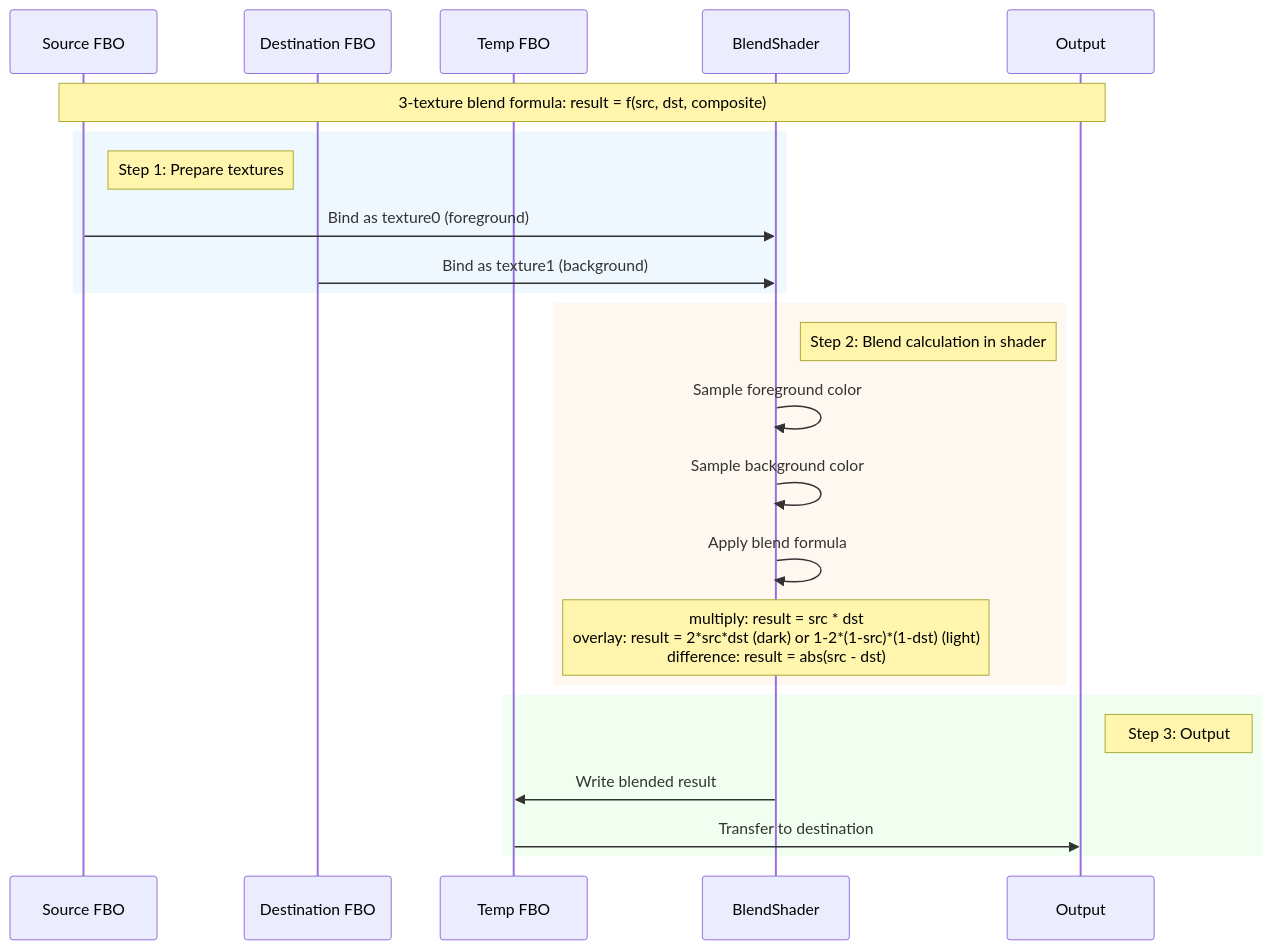
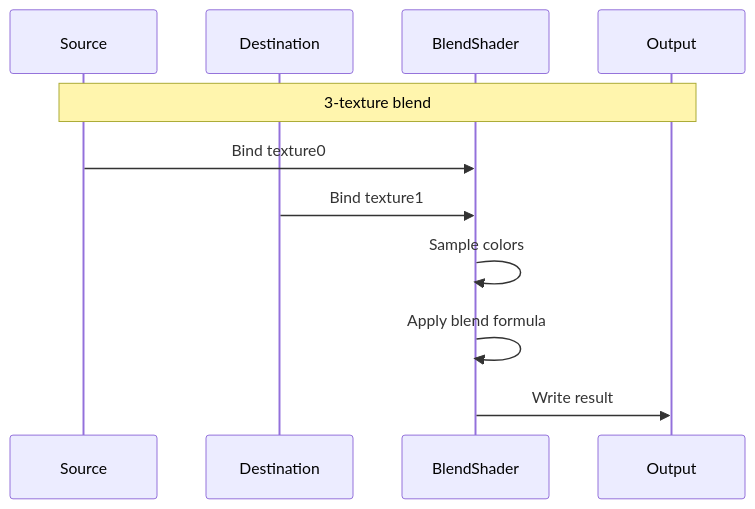
Diagram 17 of 37 in packages/webgl/RENDERING_FLOW.md (Next2D/player), drawn with Mermaid before and after one commit. The commit also changed other lines of this file, not shown here.

````diff
--- a/packages/webgl/RENDERING_FLOW.md
+++ b/packages/webgl/RENDERING_FLOW.md
@@ -891,30 +903,17 @@
 ```mermaid
 sequenceDiagram
-    participant SRC as Source FBO
-    participant DST as Destination FBO
-    participant TMP as Temp FBO
+    participant SRC as Source
+    participant DST as Destination
     participant SHADER as BlendShader
     participant OUT as Output
 
-    Note over SRC,OUT: 3-texture blend formula: result = f(src, dst, composite)
+    Note over SRC,OUT: 3-texture blend
 
-    rect rgb(240, 248, 255)
-    Note right of SRC: Step 1: Prepare textures
-    SRC->>SHADER: Bind as texture0 (foreground)
-    DST->>SHADER: Bind as texture1 (background)
-    end
+    SRC->>SHADER: Bind texture0
+    DST->>SHADER: Bind texture1
 
-    rect rgb(255, 248, 240)
-    Note right of SHADER: Step 2: Blend calculation in shader
-    SHADER->>SHADER: Sample foreground color
-    SHADER->>SHADER: Sample background color
+    SHADER->>SHADER: Sample colors
     SHADER->>SHADER: Apply blend formula
-    Note over SHADER: multiply: result = src * dst<br/>overlay: result = 2*src*dst (dark) or 1-2*(1-src)*(1-dst) (light)<br/>difference: result = abs(src - dst)
-    end
 
-    rect rgb(240, 255, 240)
-    Note right of OUT: Step 3: Output
-    SHADER->>TMP: Write blended result
-    TMP->>OUT: Transfer to destination
-    end
+    SHADER->>OUT: Write result
 ```
````
